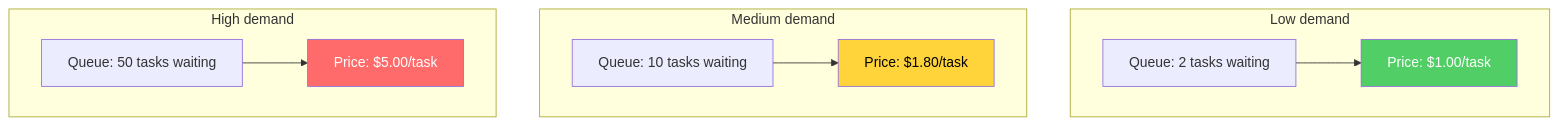
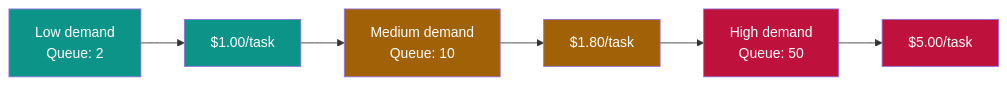
The sixth of 16 diagrams in website/explainer.md (backproto/backproto), drawn with Mermaid before and after one commit. The commit also changed other lines of this file and 7 other files, not shown here.

First line of the commit message:
refactor(explainer): modernize diagrams and polish text

````diff
--- a/website/explainer.md
+++ b/website/explainer.md
@@ -179,16 +179,15 @@
 ```mermaid
-graph TB
-    subgraph "Low demand"
-        A1[Queue: 2 tasks waiting] --> B1["Price: $1.00/task"]
-    end
-    subgraph "Medium demand"
-        A2[Queue: 10 tasks waiting] --> B2["Price: $1.80/task"]
-    end
-    subgraph "High demand"
-        A3[Queue: 50 tasks waiting] --> B3["Price: $5.00/task"]
-    end
+graph LR
+    A1["Low demand<br/>Queue: 2"] --> B1["$1.00/task"]
+    B1 --> A2["Medium demand<br/>Queue: 10"]
+    A2 --> B2["$1.80/task"]
+    B2 --> A3["High demand<br/>Queue: 50"]
+    A3 --> B3["$5.00/task"]
 
-    style B1 fill:#51cf66,color:#fff
-    style B2 fill:#ffd43b,color:#000
-    style B3 fill:#ff6b6b,color:#fff
+    style A1 fill:#0d9488,color:#fff
+    style B1 fill:#0d9488,color:#fff
+    style A2 fill:#a16207,color:#fff
+    style B2 fill:#a16207,color:#fff
+    style A3 fill:#be123c,color:#fff
+    style B3 fill:#be123c,color:#fff
 ```
````
